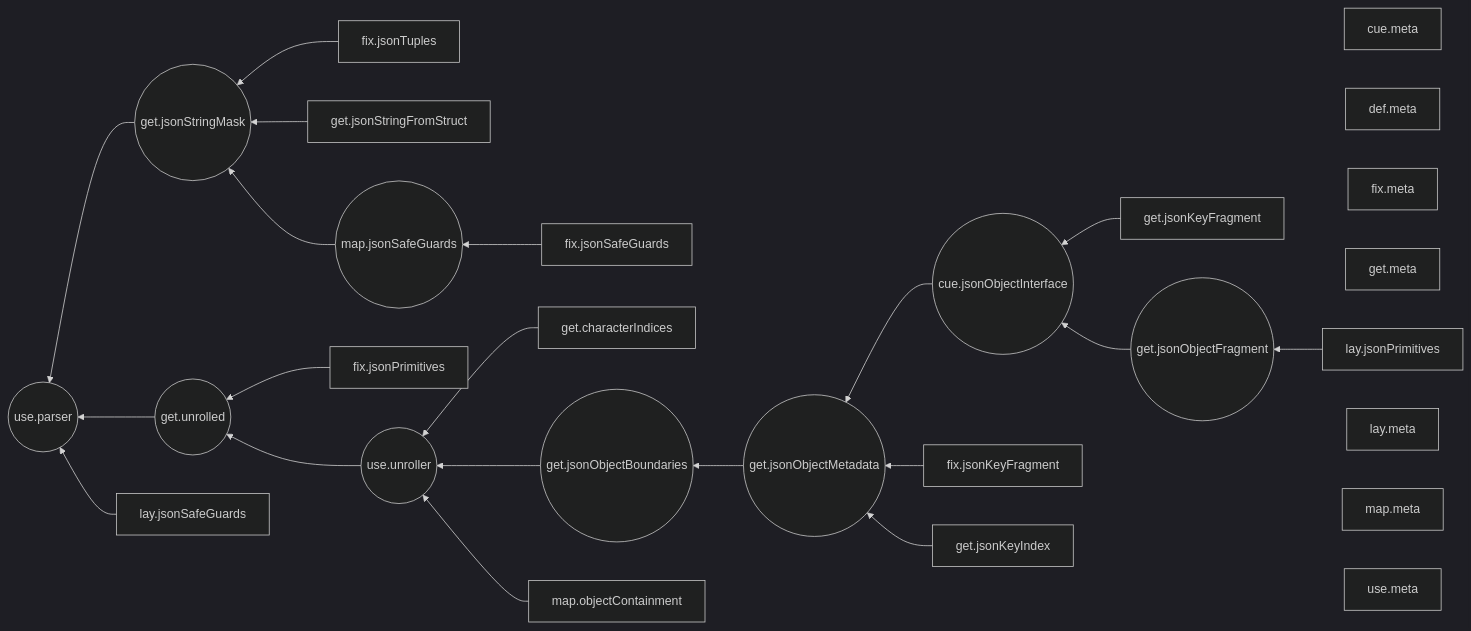
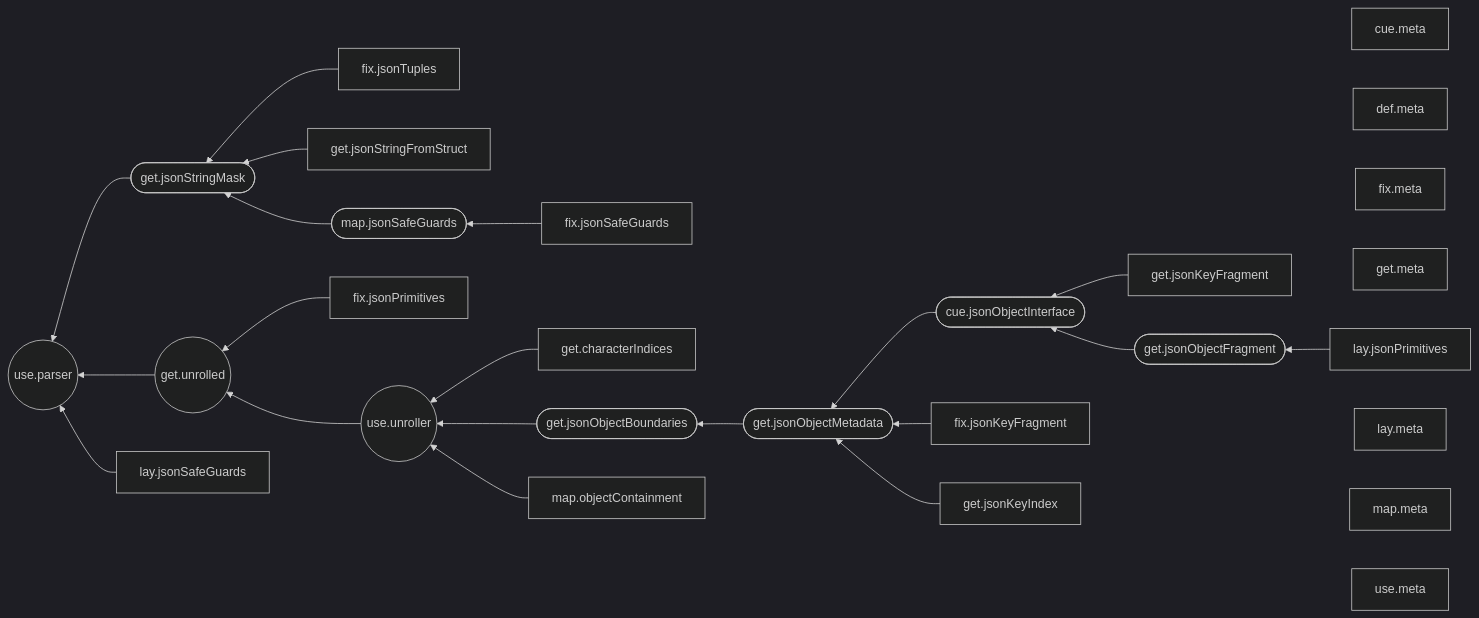
One commit to dleeftink/substep changed the diagram in README.md. Above: the diagram before and after it, drawn with Mermaid (dark theme).

````diff
--- a/README.md
+++ b/README.md
@@ -11,49 +11,49 @@
 ``` mermaid
 graph RL
-    cue.jsonObjectInterface((cue.jsonObjectInterface))
+    cue.jsonObjectInterface([cue.jsonObjectInterface])
     cue.meta[cue.meta]
     def.meta[def.meta]
     fix.jsonKeyFragment[fix.jsonKeyFragment]
     fix.jsonPrimitives[fix.jsonPrimitives]
     fix.jsonSafeGuards[fix.jsonSafeGuards]
     fix.jsonTuples[fix.jsonTuples]
     fix.meta[fix.meta]
     get.characterIndices[get.characterIndices]
     get.jsonKeyFragment[get.jsonKeyFragment]
     get.jsonKeyIndex[get.jsonKeyIndex]
-    get.jsonObjectBoundaries((get.jsonObjectBoundaries))
-    get.jsonObjectFragment((get.jsonObjectFragment))
-    get.jsonObjectMetadata((get.jsonObjectMetadata))
+    get.jsonObjectBoundaries([get.jsonObjectBoundaries])
+    get.jsonObjectFragment([get.jsonObjectFragment])
+    get.jsonObjectMetadata([get.jsonObjectMetadata])
     get.jsonStringFromStruct[get.jsonStringFromStruct]
-    get.jsonStringMask((get.jsonStringMask))
+    get.jsonStringMask([get.jsonStringMask])
     get.meta[get.meta]
     get.unrolled((get.unrolled))
     lay.jsonPrimitives[lay.jsonPrimitives]
     lay.jsonSafeGuards[lay.jsonSafeGuards]
     lay.meta[lay.meta]
-    map.jsonSafeGuards((map.jsonSafeGuards))
+    map.jsonSafeGuards([map.jsonSafeGuards])
     map.meta[map.meta]
     map.objectContainment[map.objectContainment]
     use.meta[use.meta]
     use.parser((use.parser))
     use.unroller((use.unroller))
     lay.jsonPrimitives --> get.jsonObjectFragment
     get.jsonKeyFragment --> cue.jsonObjectInterface
     get.jsonObjectFragment --> cue.jsonObjectInterface
     cue.jsonObjectInterface --> get.jsonObjectMetadata
     fix.jsonKeyFragment --> get.jsonObjectMetadata
     get.jsonKeyIndex --> get.jsonObjectMetadata
     get.jsonObjectMetadata --> get.jsonObjectBoundaries
     fix.jsonSafeGuards --> map.jsonSafeGuards
     fix.jsonTuples --> get.jsonStringMask
     get.jsonStringFromStruct --> get.jsonStringMask
     map.jsonSafeGuards --> get.jsonStringMask
     get.characterIndices --> use.unroller
     get.jsonObjectBoundaries --> use.unroller
     map.objectContainment --> use.unroller
     fix.jsonPrimitives --> get.unrolled
     use.unroller --> get.unrolled
     get.jsonStringMask --> use.parser
     get.unrolled --> use.parser
     lay.jsonSafeGuards --> use.parser
 ```
````
